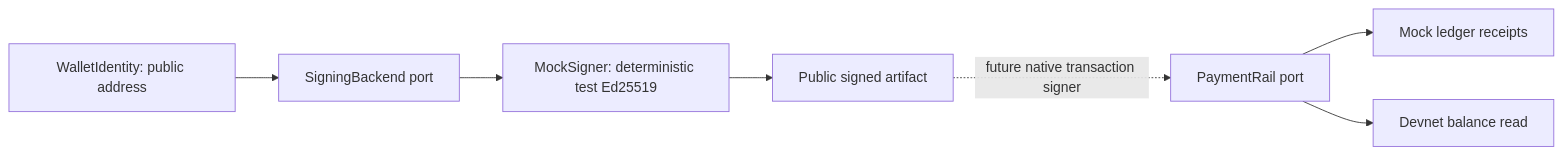
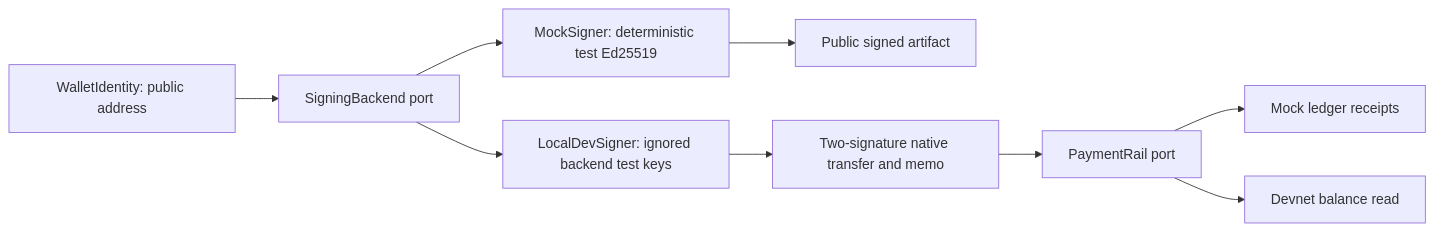
Before and after one commit to lewodro/autonomous-agent-economy: the fourth of 4 diagrams in docs/economy-architecture.md, drawn with Mermaid. The commit also changed other lines of this file and 2 other files, not shown here.

Commit message:
hardening_017 correct durable funding status and architecture diagrams

````diff
--- a/docs/economy-architecture.md
+++ b/docs/economy-architecture.md
@@ -58,9 +60,11 @@
 ```mermaid
 flowchart LR
   Identity[WalletIdentity: public address] --> Backend[SigningBackend port]
   Backend --> MockSigner[MockSigner: deterministic test Ed25519]
   MockSigner --> Artifact[Public signed artifact]
   Rail[PaymentRail port] --> Ledger[Mock ledger receipts]
   Rail --> RPC[Devnet balance read]
-  Artifact -. future native transaction signer .-> Rail
+  Backend --> LocalSigner[LocalDevSigner: ignored backend test keys]
+  LocalSigner --> Transaction[Two-signature native transfer and memo]
+  Transaction --> Rail
 ```
````
